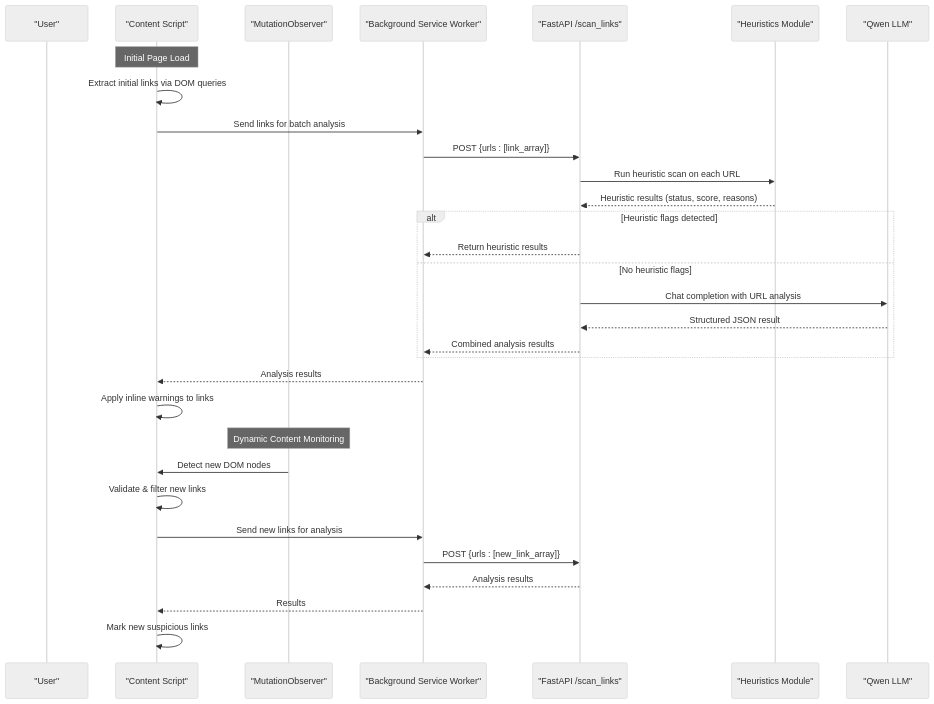
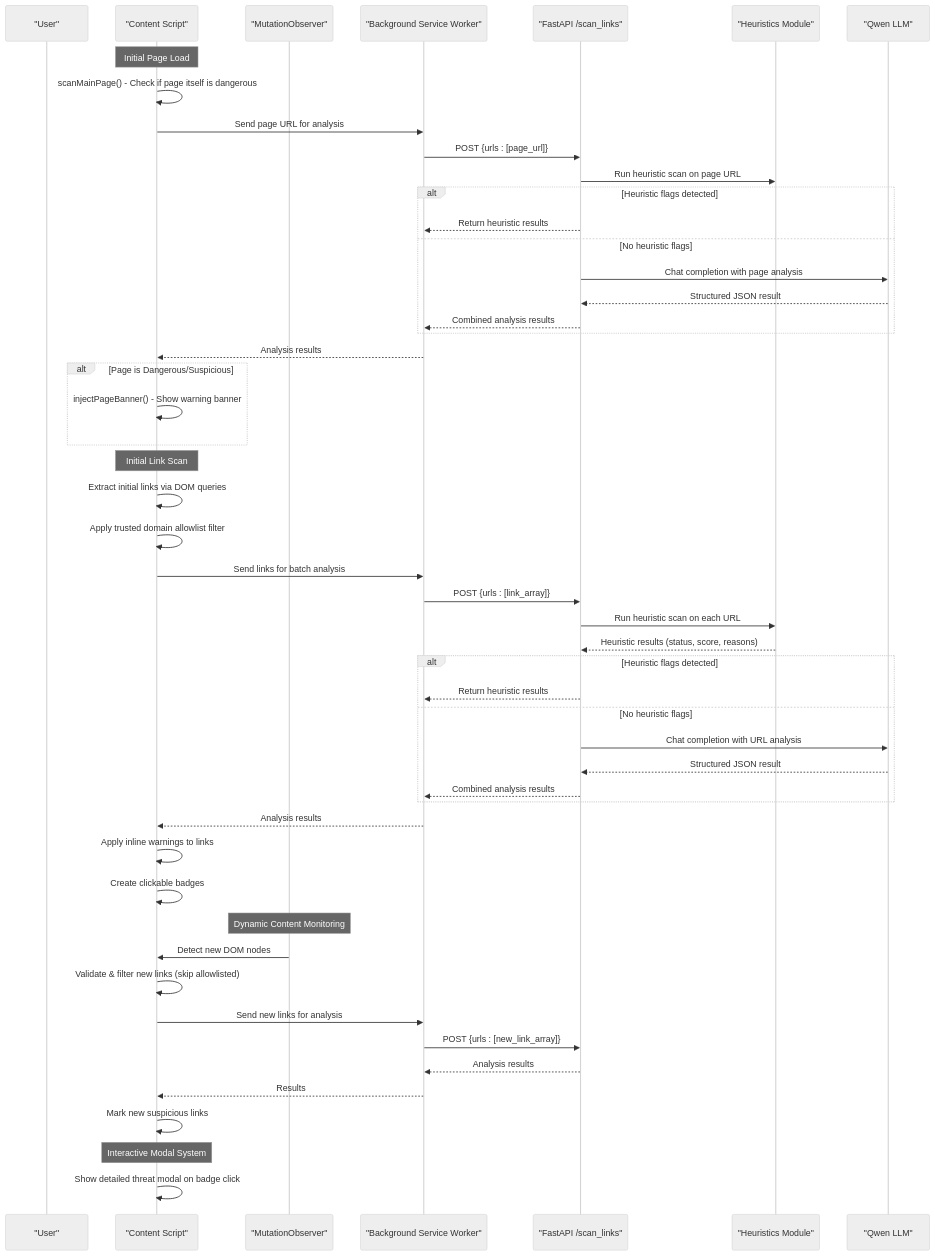
Before and after one commit to Aymanaahh/scrollguard-ai: the second of 7 diagrams in .qoder/repowiki/en/content/Chrome Extension Development.md, drawn with Mermaid (neutral theme). The commit also changed other lines of this file and 34 other files, not shown here.

````diff
--- a/.qoder/repowiki/en/content/Chrome Extension Development.md
+++ b/.qoder/repowiki/en/content/Chrome Extension Development.md
@@ -112,33 +114,53 @@
 ```mermaid
 sequenceDiagram
 participant User as "User"
 participant CS as "Content Script"
 participant MO as "MutationObserver"
 participant BG as "Background Service Worker"
 participant API as "FastAPI /scan_links"
 participant HEUR as "Heuristics Module"
 participant LLM as "Qwen LLM"
 Note over CS : Initial Page Load
+CS->>CS : scanMainPage() - Check if page itself is dangerous
+CS->>BG : Send page URL for analysis
+BG->>API : POST {urls : [page_url]}
+API->>HEUR : Run heuristic scan on page URL
+alt Heuristic flags detected
+API-->>BG : Return heuristic results
+else No heuristic flags
+API->>LLM : Chat completion with page analysis
+LLM-->>API : Structured JSON result
+API-->>BG : Combined analysis results
+end
+BG-->>CS : Analysis results
+alt Page is Dangerous/Suspicious
+CS->>CS : injectPageBanner() - Show warning banner
+end
+Note over CS : Initial Link Scan
 CS->>CS : Extract initial links via DOM queries
+CS->>CS : Apply trusted domain allowlist filter
 CS->>BG : Send links for batch analysis
 BG->>API : POST {urls : [link_array]}
 API->>HEUR : Run heuristic scan on each URL
 HEUR-->>API : Heuristic results (status, score, reasons)
 alt Heuristic flags detected
 API-->>BG : Return heuristic results
 else No heuristic flags
 API->>LLM : Chat completion with URL analysis
 LLM-->>API : Structured JSON result
 API-->>BG : Combined analysis results
 end
 BG-->>CS : Analysis results
 CS->>CS : Apply inline warnings to links
+CS->>CS : Create clickable badges
 Note over MO : Dynamic Content Monitoring
 MO->>CS : Detect new DOM nodes
-CS->>CS : Validate & filter new links
+CS->>CS : Validate & filter new links (skip allowlisted)
 CS->>BG : Send new links for analysis
 BG->>API : POST {urls : [new_link_array]}
 API-->>BG : Analysis results
 BG-->>CS : Results
 CS->>CS : Mark new suspicious links
+Note over CS : Interactive Modal System
+CS->>CS : Show detailed threat modal on badge click
 ```
````
